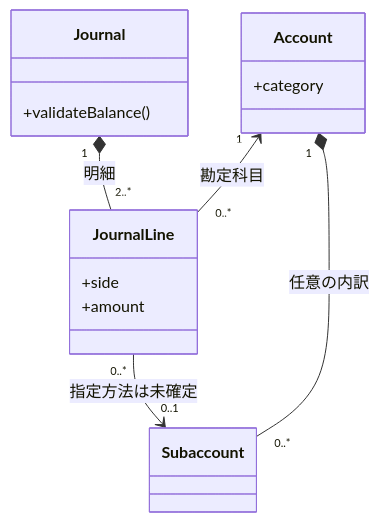
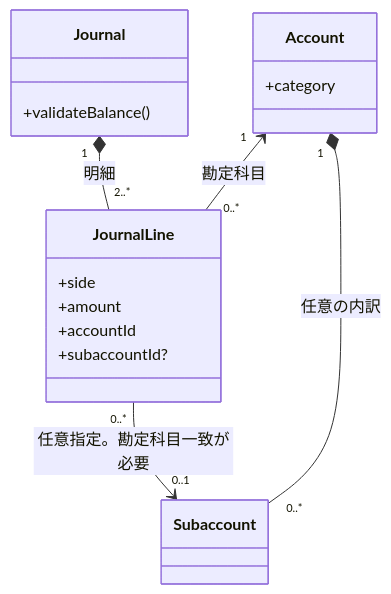
One commit to akichko/aidevtemplate changed the diagram in docs/design/domain/DES-DOM-001-accounting.md. Above: the diagram before and after it, drawn with Mermaid. The commit also changed other lines of this file and 29 other files, not shown here.

````diff
--- a/docs/design/domain/DES-DOM-001-accounting.md
+++ b/docs/design/domain/DES-DOM-001-accounting.md
@@ -9,19 +9,21 @@
 ```mermaid
 classDiagram
     class Journal {
         +validateBalance()
     }
     class JournalLine {
         +side
         +amount
+        +accountId
+        +subaccountId?
     }
     class Account {
         +category
     }
     class Subaccount {
     }
     Journal "1" *-- "2..*" JournalLine : 明細
     Account "1" <-- "0..*" JournalLine : 勘定科目
     Account "1" *-- "0..*" Subaccount : 任意の内訳
-    JournalLine "0..*" --> "0..1" Subaccount : 指定方法は未確定
+    JournalLine "0..*" --> "0..1" Subaccount : 任意指定。勘定科目一致が必要
 ```
````
